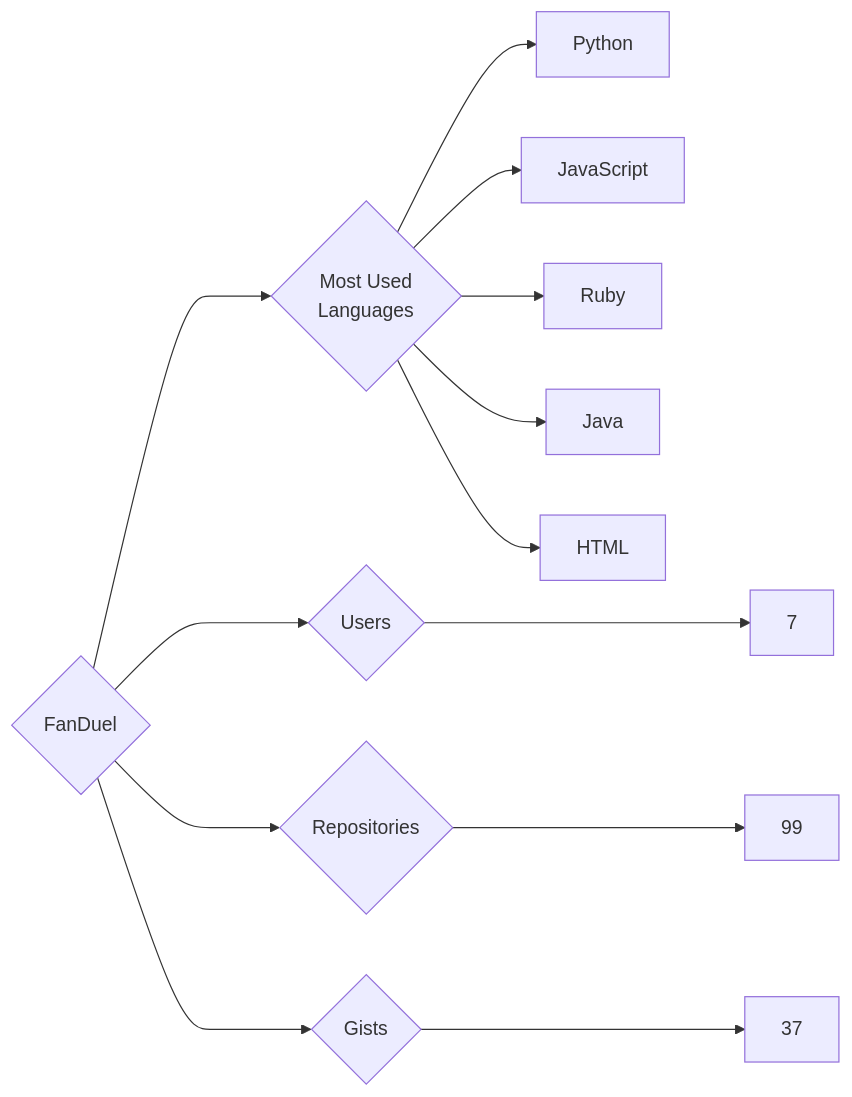
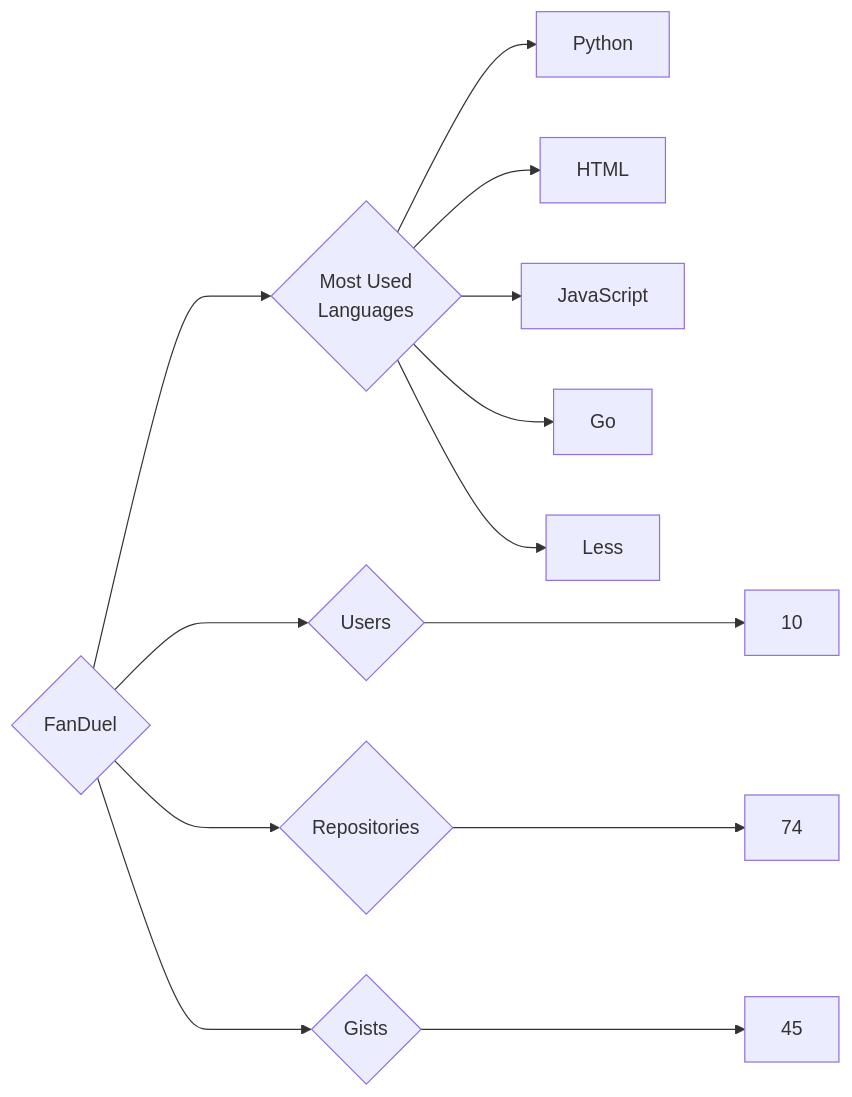
The diagram in targets/FanDuel/README.md (trickest/insiders), drawn with Mermaid before and after one commit. The commit also changed 1149 other files, not shown here.

````diff
--- a/targets/FanDuel/README.md
+++ b/targets/FanDuel/README.md
@@ -3,13 +3,13 @@
 ```mermaid
 graph LR
 COMPANY_NAME{FanDuel}
-COMPANY_NAME ---> U{Users} ---> UN[7]
-COMPANY_NAME ---> R{Repositories} ---> RN[99]
-COMPANY_NAME ---> G{Gists} ---> GN[37]
+COMPANY_NAME ---> U{Users} ---> UN[10]
+COMPANY_NAME ---> R{Repositories} ---> RN[74]
+COMPANY_NAME ---> G{Gists} ---> GN[45]
 COMPANY_NAME ---> ML{Most Used<br>Languages}
 ML --> Python[Python]
+ML --> HTML[HTML]
 ML --> JavaScript[JavaScript]
-ML --> Ruby[Ruby]
-ML --> Java[Java]
-ML --> HTML[HTML]
+ML --> Go[Go]
+ML --> Less[Less]
 ```
````
